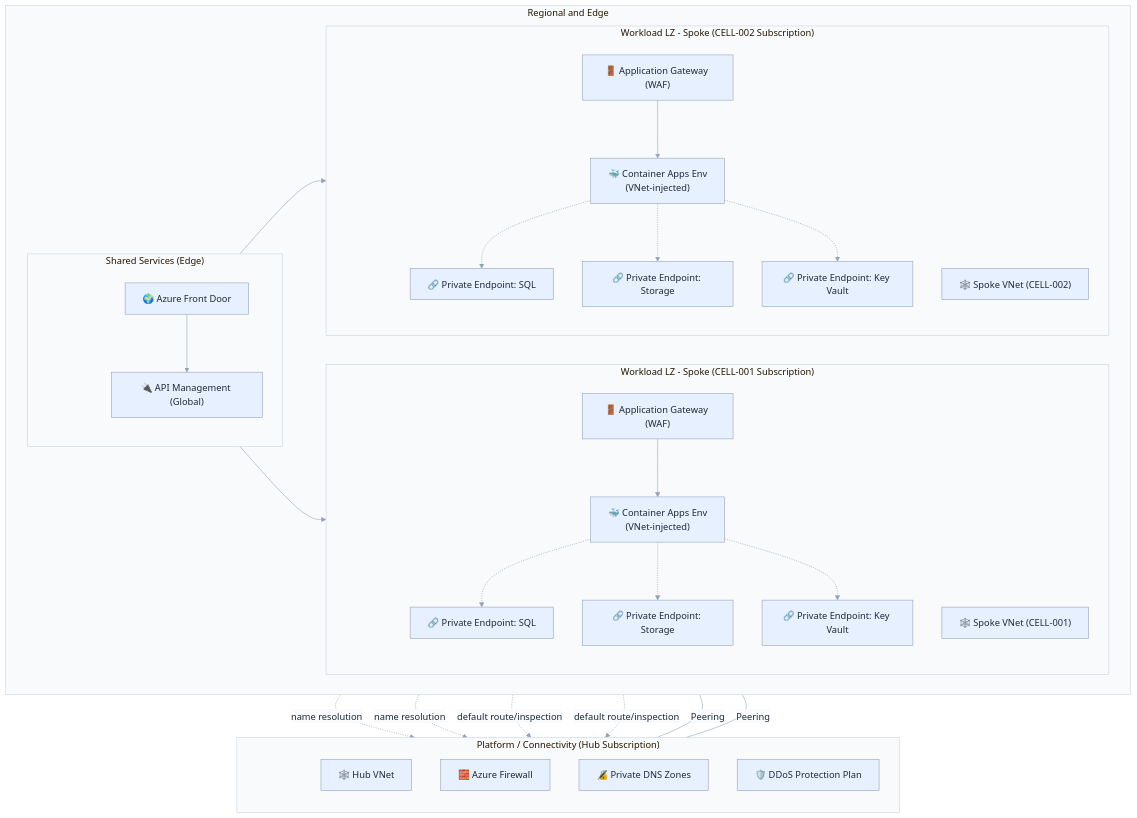
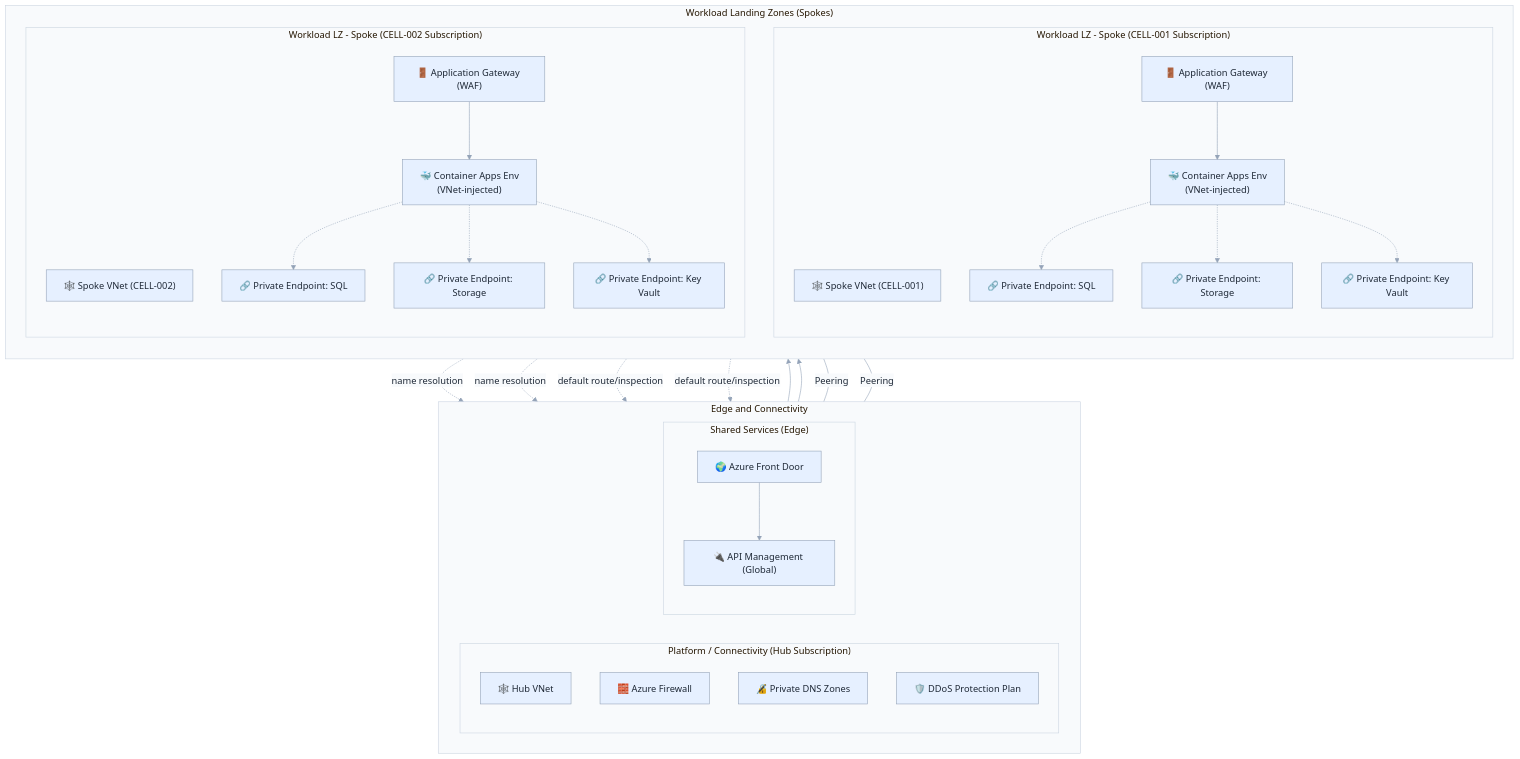
One commit to srnichols/StampsPattern changed the fourth of 7 diagrams in docs/LANDING_ZONES_GUIDE.md. Above: the diagram before and after it, drawn with Mermaid.

Commit message:
docs(landing-zones): rework Networking diagram to portrait layout with Platform/Connectivity beside Shared Services at top and spokes stacked

````diff
--- a/docs/LANDING_ZONES_GUIDE.md
+++ b/docs/LANDING_ZONES_GUIDE.md
@@ -181,79 +181,74 @@
 ```mermaid
 %%{init: {"theme":"base","themeVariables":{"background":"transparent","primaryColor":"#E6F0FF","primaryTextColor":"#1F2937","primaryBorderColor":"#94A3B8","lineColor":"#94A3B8","secondaryColor":"#F3F4F6","tertiaryColor":"#DBEAFE","clusterBkg":"#F8FAFC","clusterBorder":"#CBD5E1","edgeLabelBackground":"#F8FAFC","fontFamily":"Segoe UI, Roboto, Helvetica, Arial, sans-serif"}} }%%
 flowchart TB
-  %% Hidden class to keep spacers invisible (declare before use)
-  classDef hidden fill:transparent,stroke:transparent,color:transparent;
+  %% Top row: Platform/Connectivity beside Shared Services (Edge)
+  subgraph "Edge and Connectivity"
+    direction LR
 
-  %% Top: Hub/Connectivity
-  subgraph "Platform / Connectivity (Hub Subscription)"
-    direction TB
-    hub_spacer[" "]
-    HUBVNET["🕸️ Hub VNet"]
-    AFW["🧱 Azure Firewall"]
-    PDNS["🔏 Private DNS Zones"]
-    DDOS["🛡️ DDoS Protection Plan"]
-  end
-
-  %% Second row: Edge + Workloads arranged horizontally
-  subgraph "Regional and Edge"
-    direction LR
+    subgraph "Platform / Connectivity (Hub Subscription)"
+      direction TB
+      HUBVNET["🕸️ Hub VNet"]
+      AFW["🧱 Azure Firewall"]
+      PDNS["🔏 Private DNS Zones"]
+      DDOS["🛡️ DDoS Protection Plan"]
+    end
 
     subgraph "Shared Services (Edge)"
       direction TB
-      ss_spacer[" "]
       FD["🌍 Azure Front Door"]
       APIM["🔌 API Management (Global)"]
     end
+  end
+
+  %% Second section: Workload spokes stacked (portrait)
+  subgraph "Workload Landing Zones (Spokes)"
+    direction TB
 
     subgraph "Workload LZ - Spoke (CELL-001 Subscription)"
       direction TB
-      sp1_spacer[" "]
       SP1VNET["🕸️ Spoke VNet (CELL-001)"]
       AGW1["🚪 Application Gateway (WAF)"]
       CAE1["🐳 Container Apps Env\n(VNet-injected)"]
       PEP_SQL1["🔗 Private Endpoint: SQL"]
       PEP_ST1["🔗 Private Endpoint: Storage"]
       PEP_KV1["🔗 Private Endpoint: Key Vault"]
     end
 
     subgraph "Workload LZ - Spoke (CELL-002 Subscription)"
       direction TB
-      sp2_spacer[" "]
       SP2VNET["🕸️ Spoke VNet (CELL-002)"]
       AGW2["🚪 Application Gateway (WAF)"]
       CAE2["🐳 Container Apps Env\n(VNet-injected)"]
       PEP_SQL2["🔗 Private Endpoint: SQL"]
       PEP_ST2["🔗 Private Endpoint: Storage"]
       PEP_KV2["🔗 Private Endpoint: Key Vault"]
     end
-
   end
 
   %% Edge to regional ingress
   FD --> APIM
   APIM --> AGW1
   APIM --> AGW2
   AGW1 --> CAE1
   AGW2 --> CAE2
 
   %% Hub-spoke peering
   HUBVNET ---|Peering| SP1VNET
   HUBVNET ---|Peering| SP2VNET
 
   %% Private DNS resolution across spokes
   SP1VNET -. "name resolution" .-> PDNS
   SP2VNET -. "name resolution" .-> PDNS
 
   %% Optional: traffic inspection via Azure Firewall
   SP1VNET -. "default route/inspection" .-> AFW
   SP2VNET -. "default route/inspection" .-> AFW
 
   %% Private endpoints to data services within spokes
   CAE1 -.-> PEP_SQL1
   CAE1 -.-> PEP_ST1
   CAE1 -.-> PEP_KV1
   CAE2 -.-> PEP_SQL2
   CAE2 -.-> PEP_ST2
   CAE2 -.-> PEP_KV2
-  class hub_spacer,ss_spacer,sp1_spacer,sp2_spacer hidden;
 ```
````
